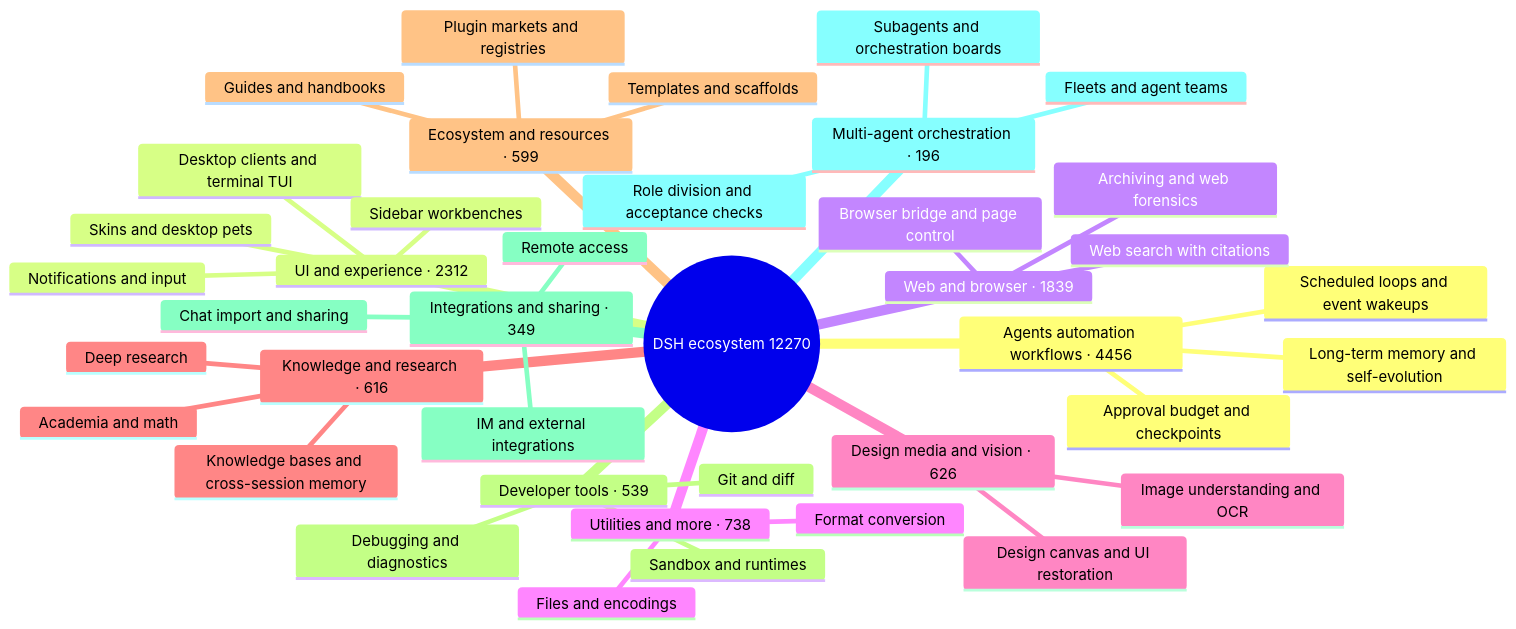
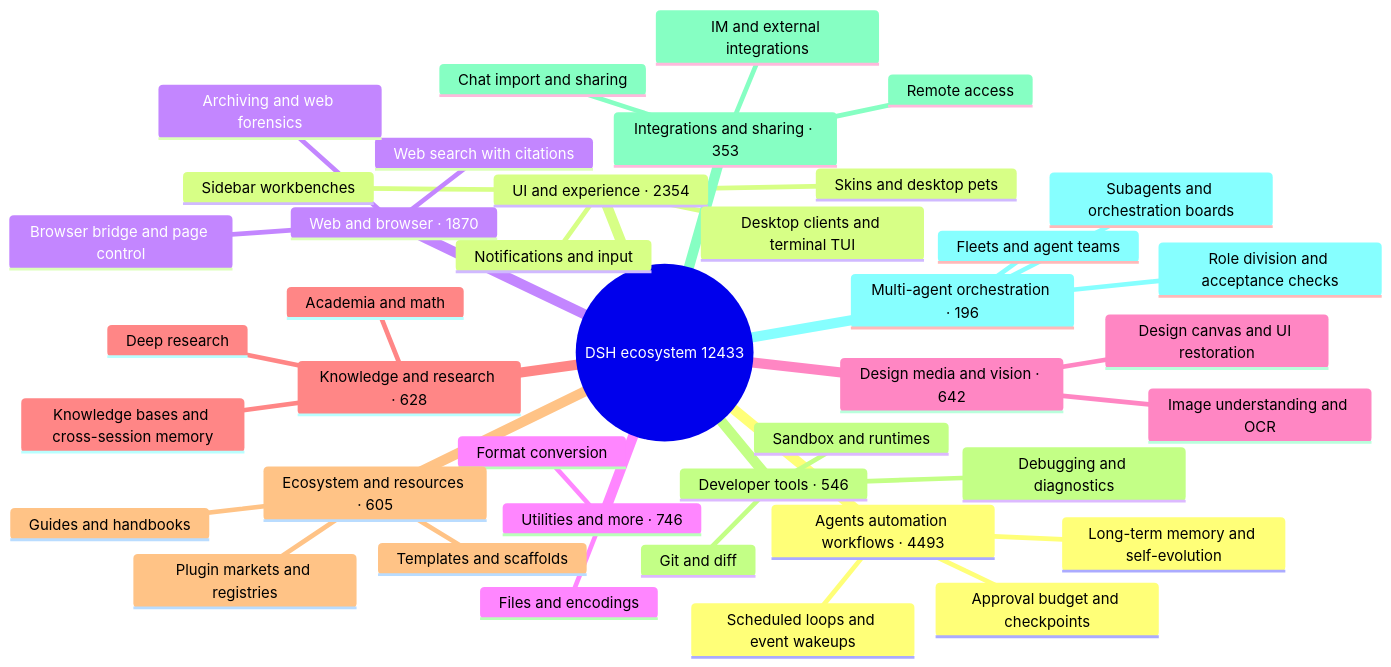
Before and after one commit to BOWLUNA/awesome-dsh-plugin: the diagram in README_EN.md, drawn with Mermaid. The commit also changed other lines of this file and 21 other files, not shown here.

````diff
--- a/README_EN.md
+++ b/README_EN.md
@@ -33,43 +33,43 @@
 ```mermaid
 mindmap
-  root((DSH ecosystem 12270))
-    Agents automation workflows · 4456
+  root((DSH ecosystem 12433))
+    Agents automation workflows · 4493
       Scheduled loops and event wakeups
       Long-term memory and self-evolution
       Approval budget and checkpoints
-    UI and experience · 2312
+    UI and experience · 2354
       Desktop clients and terminal TUI
       Sidebar workbenches
       Skins and desktop pets
       Notifications and input
-    Web and browser · 1839
+    Web and browser · 1870
       Browser bridge and page control
       Web search with citations
       Archiving and web forensics
-    Utilities and more · 738
+    Utilities and more · 746
       Files and encodings
       Format conversion
-    Design media and vision · 626
+    Design media and vision · 642
       Image understanding and OCR
       Design canvas and UI restoration
-    Knowledge and research · 616
+    Knowledge and research · 628
       Knowledge bases and cross-session memory
       Deep research
       Academia and math
-    Ecosystem and resources · 599
+    Ecosystem and resources · 605
       Plugin markets and registries
       Templates and scaffolds
       Guides and handbooks
-    Developer tools · 539
+    Developer tools · 546
       Git and diff
       Sandbox and runtimes
       Debugging and diagnostics
-    Integrations and sharing · 349
+    Integrations and sharing · 353
       Chat import and sharing
       Remote access
       IM and external integrations
     Multi-agent orchestration · 196
       Subagents and orchestration boards
       Fleets and agent teams
       Role division and acceptance checks
 ```
````
